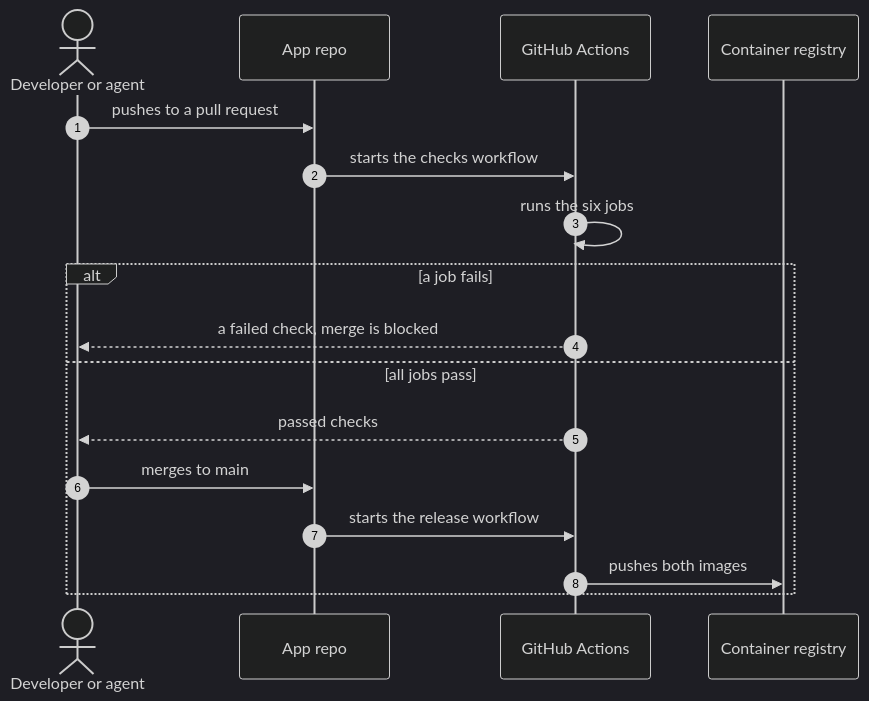
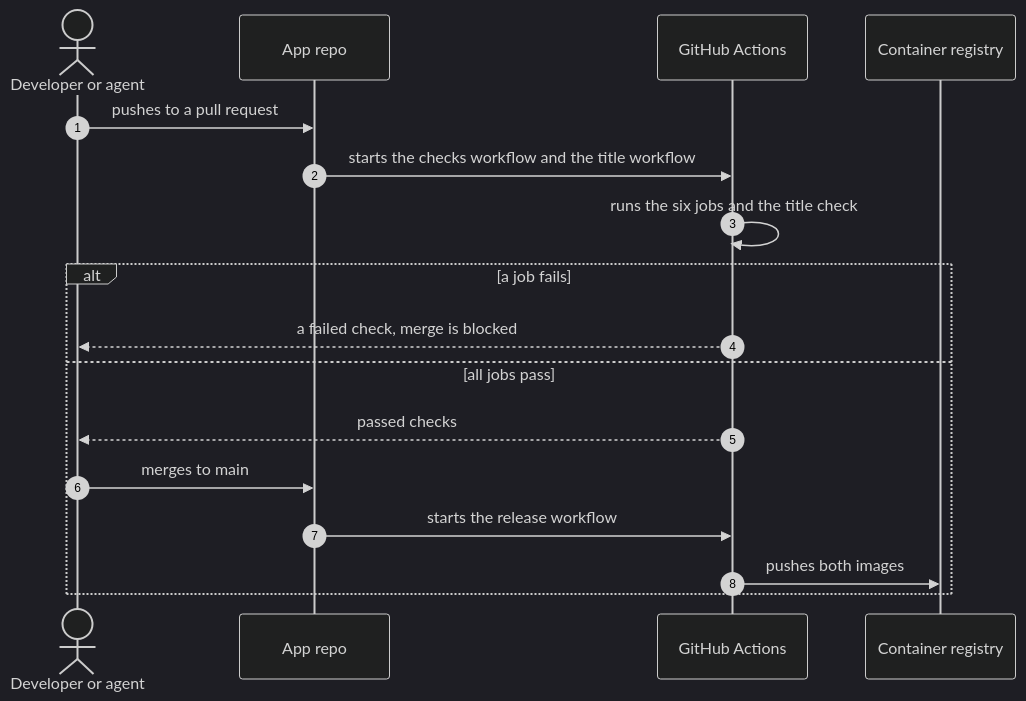
Before and after one commit to lyeyixian/job-search-app: the diagram in docs/architecture/checks.md, drawn with Mermaid (dark theme). The commit also changed other lines of this file and 1 other file, not shown here.

First line of the commit message:
ci: check that the pull request title is a Conventional Commit

````diff
--- a/docs/architecture/checks.md
+++ b/docs/architecture/checks.md
@@ -9,20 +9,20 @@
 ```mermaid
 sequenceDiagram
     autonumber
     actor Dev as Developer or agent
     participant Repo as App repo
     participant CI as GitHub Actions
     participant Reg as Container registry
 
     Dev->>Repo: pushes to a pull request
-    Repo->>CI: starts the checks workflow
-    CI->>CI: runs the six jobs
+    Repo->>CI: starts the checks workflow and the title workflow
+    CI->>CI: runs the six jobs and the title check
     alt a job fails
         CI-->>Dev: a failed check, merge is blocked
     else all jobs pass
         CI-->>Dev: passed checks
         Dev->>Repo: merges to main
         Repo->>CI: starts the release workflow
         CI->>Reg: pushes both images
     end
 ```
````
